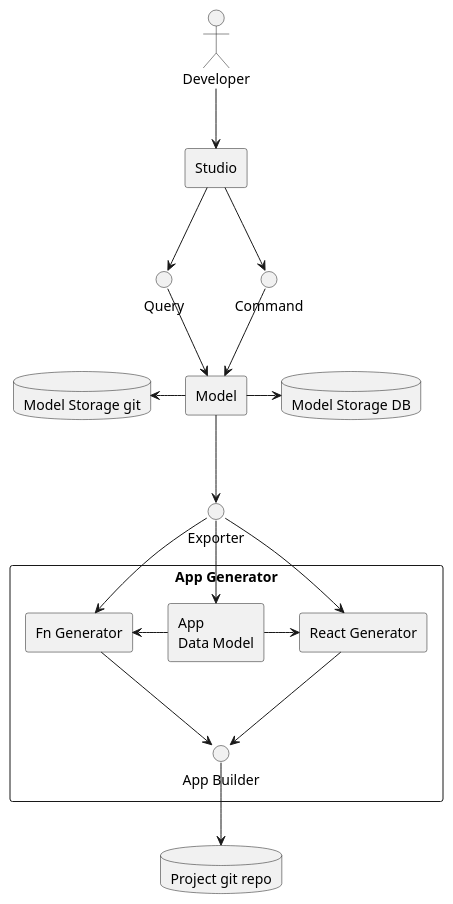
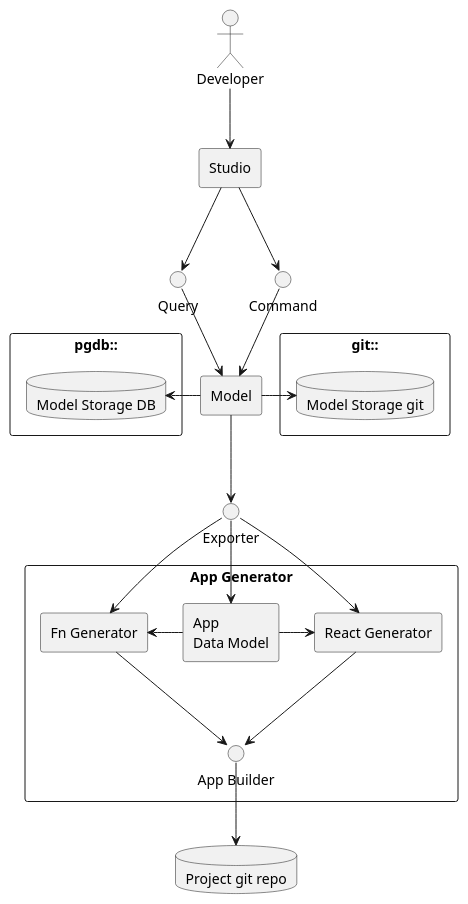
Before and after one commit to gears-project/gearsx: the diagram in docs/components-001.puml, drawn with PlantUML. The commit also changed 5 other files, not shown here.

```diff
--- a/docs/components-001.puml
+++ b/docs/components-001.puml
@@ -1,51 +1,54 @@
 @startuml Overview
 
 skinparam rectangleStyle uml2
 
 actor Developer
 rectangle Studio
 
 interface Query
 interface Command
 
 rectangle "Model" as DataModel
-database "Model Storage DB" as ModelStorage
-database "Model Storage git" as ModelStorageGit
+rectangle "pgdb::" {
+  database "Model Storage DB" as ModelStorage
+}
+rectangle "git::" {
+  database "Model Storage git" as ModelStorageGit
+}
 
 interface Exporter
 
 rectangle "App Generator" {
   rectangle "React Generator" as ReactGenerator
   rectangle "App\nData Model" as DataModelGenerator
   rectangle "Fn Generator" as FnGenerator
   interface "App Builder" as AppBuilder
 }
 
-
 database "Project git repo" as GitRepo
 
 Developer -down-> Studio
 Studio -down-> Query
 Studio -down-> Command
 
 Query -down-> DataModel
 Command -down-> DataModel
 
-DataModel -right-> ModelStorage
-DataModel -left-> ModelStorageGit
+DataModel -left-> ModelStorage
+DataModel -right-> ModelStorageGit
 
 DataModel -down-> Exporter
 
 Exporter -down-> ReactGenerator
 Exporter -down-> FnGenerator
 Exporter -down-> DataModelGenerator
 
 ReactGenerator -down-> AppBuilder
 FnGenerator -down-> AppBuilder
 
 DataModelGenerator -right-> ReactGenerator
 DataModelGenerator -left-> FnGenerator
 
 AppBuilder -down-> GitRepo
 
 @enduml
```
